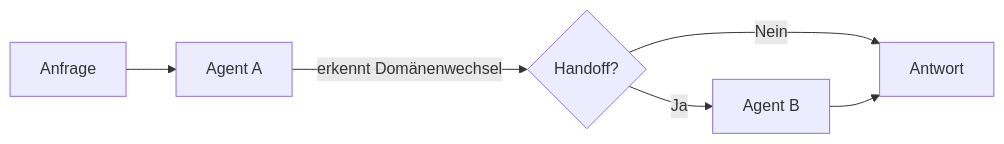
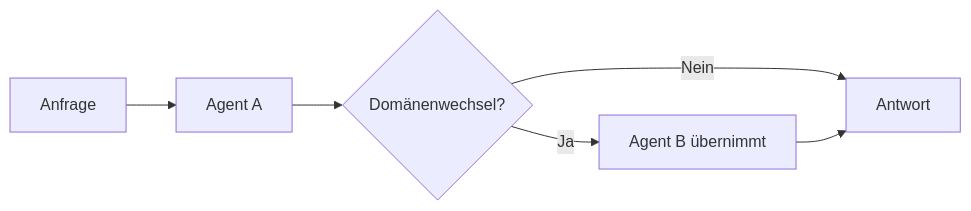
Before and after one commit to ralf-42/Agenten: the second of 5 diagrams in docs/concepts/Multi_Agent_Systeme.md, drawn with Mermaid. The commit also changed other lines of this file and 15 other files, not shown here.

````diff
--- a/docs/concepts/Multi_Agent_Systeme.md
+++ b/docs/concepts/Multi_Agent_Systeme.md
@@ -178,8 +91,8 @@
 ```mermaid
 flowchart LR
     A[Anfrage] --> B[Agent A]
-    B -->|"erkennt Domänenwechsel"| C{Handoff?}
-    C -->|Ja| D[Agent B]
+    B --> C{Domänenwechsel?}
+    C -->|Ja| D[Agent B übernimmt]
     C -->|Nein| E[Antwort]
     D --> E
 ```
````
